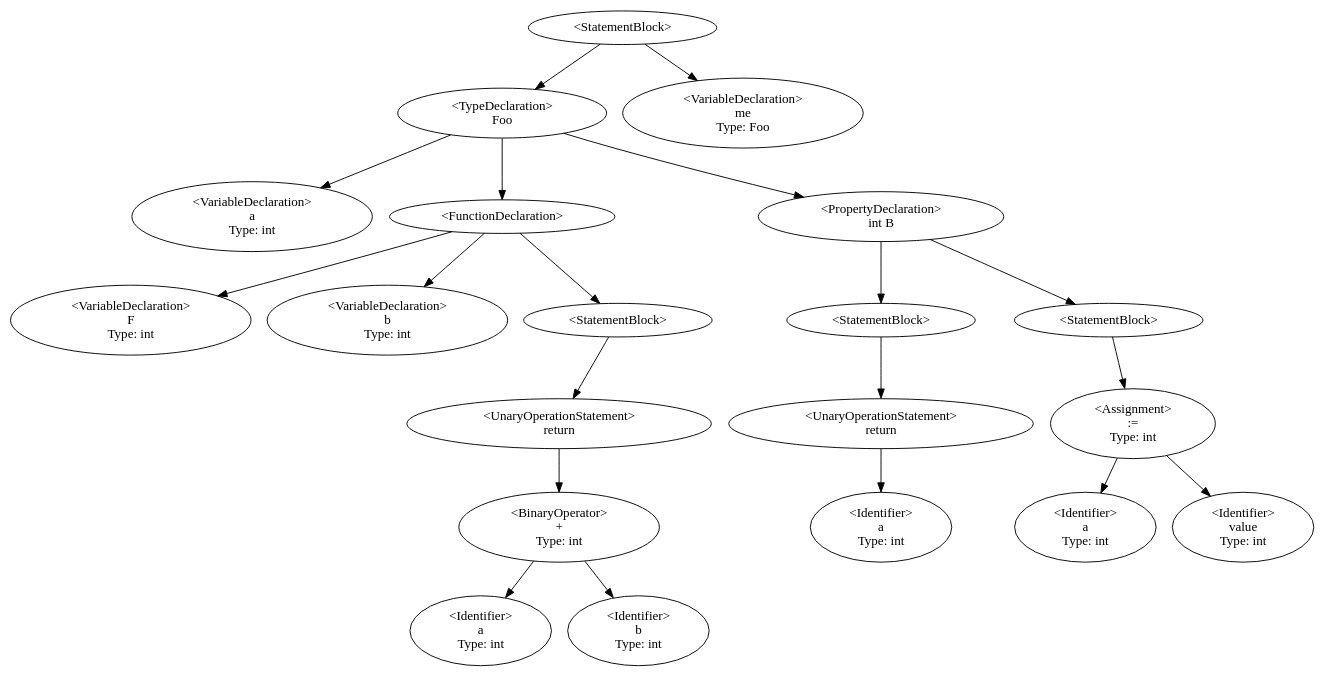
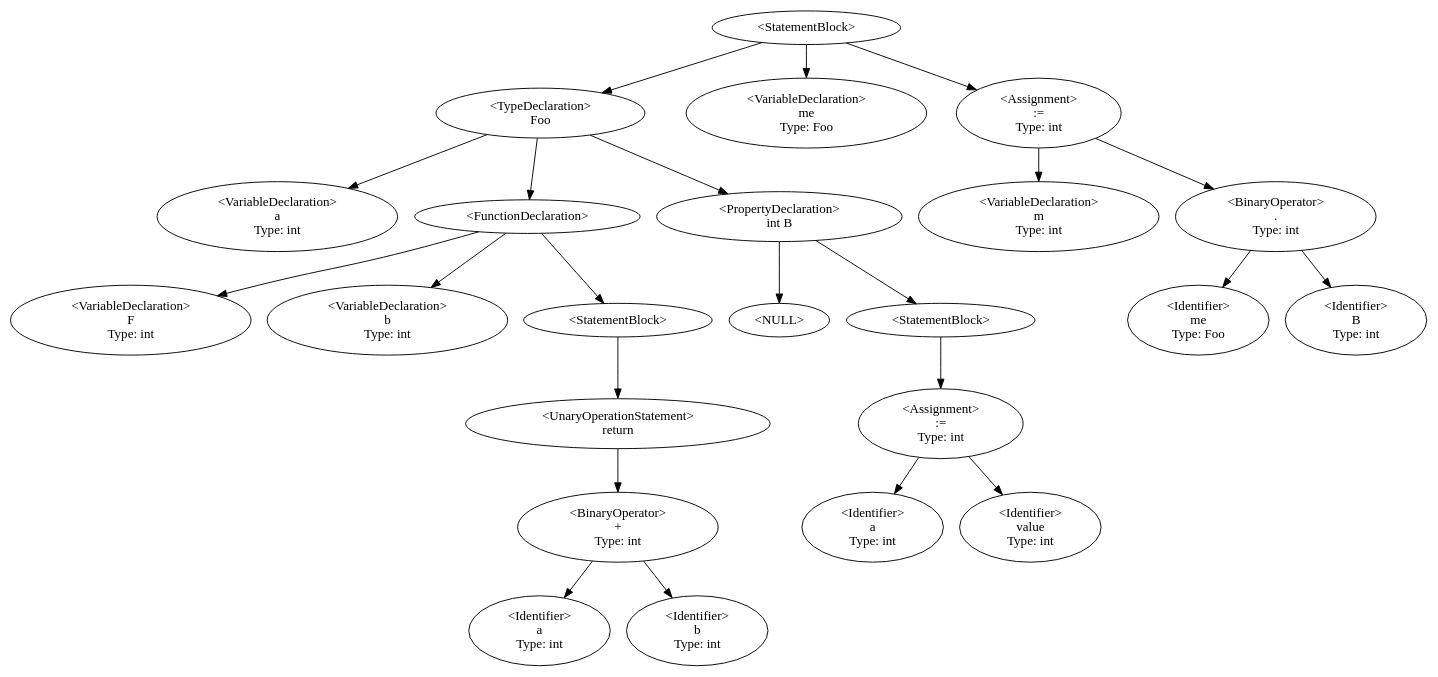
Before and after one commit to QazmoQwerty/dino: the diagram in Dino/Dino/DstDisplay.gv, drawn with Graphviz. The commit also changed 6 other files, not shown here.

```diff
--- a/Dino/Dino/DstDisplay.gv
+++ b/Dino/Dino/DstDisplay.gv
@@ -1,33 +1,39 @@
 digraph G {
-8 [label="<StatementBlock>"];8->9;8->35;
-9 [label="<TypeDeclaration>\nFoo"];9->10;9->14;9->34;
+8 [label="<StatementBlock>"];8->9;8->32;8->39;
+9 [label="<TypeDeclaration>\nFoo"];9->10;9->14;9->31;
 10 [label="<VariableDeclaration>\na
 Type: int"];
 14 [label="<FunctionDeclaration>"];14->12;14->15;14->17;
 12 [label="<VariableDeclaration>\nF
 Type: int"];
 15 [label="<VariableDeclaration>\nb
 Type: int"];
 17 [label="<StatementBlock>"];17->21;
 21 [label="<UnaryOperationStatement>\nreturn"];21->20;
 20 [label="<BinaryOperator>\n+
 Type: int"];20->19;20->18;
 19 [label="<Identifier>\na
 Type: int"];
 18 [label="<Identifier>\nb
 Type: int"];
-34 [label="<PropertyDeclaration>\nint B"];34->26;34->29;
-26 [label="<StatementBlock>"];26->28;
-28 [label="<UnaryOperationStatement>\nreturn"];28->27;
-27 [label="<Identifier>\na
+31 [label="<PropertyDeclaration>\nint B"];31->-1;-1 [label="<NULL>"];31->26;
+26 [label="<StatementBlock>"];26->29;
+29 [label="<Assignment>\n:=
+Type: int"];29->28;29->27;
+28 [label="<Identifier>\na
 Type: int"];
-29 [label="<StatementBlock>"];29->32;
-32 [label="<Assignment>\n:=
-Type: int"];32->31;32->30;
-31 [label="<Identifier>\na
+27 [label="<Identifier>\nvalue
 Type: int"];
-30 [label="<Identifier>\nvalue
+32 [label="<VariableDeclaration>\nme
+Type: Foo"];
+39 [label="<Assignment>\n:=
+Type: int"];39->37;39->36;
+37 [label="<VariableDeclaration>\nm
 Type: int"];
-35 [label="<VariableDeclaration>\nme
+36 [label="<BinaryOperator>\n.
+Type: int"];36->34;36->35;
+34 [label="<Identifier>\nme
 Type: Foo"];
+35 [label="<Identifier>\nB
+Type: int"];
 }
```
